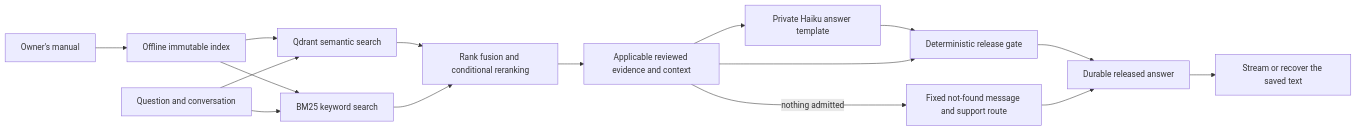
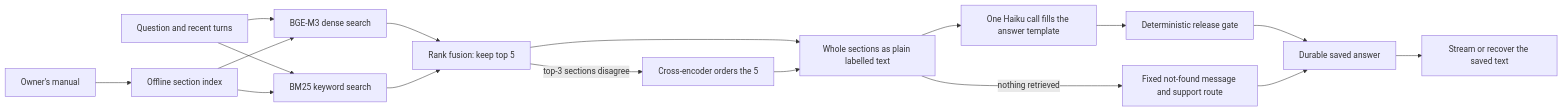
The diagram in README.md (Maneshwar-Kumar/motomedic-ai), drawn with Mermaid before and after one commit. The commit also changed other lines of this file and 139 other files, not shown here.

````diff
--- a/README.md
+++ b/README.md
@@ -17,18 +11,19 @@
 ```mermaid
 flowchart LR
-    PDF[Owner's manual] --> INDEX[Offline immutable index]
-    INDEX --> DENSE[Qdrant semantic search]
-    INDEX --> BM25[BM25 keyword search]
-    Q[Question and conversation] --> DENSE
-    Q --> BM25
-    DENSE --> RANK[Rank fusion and conditional reranking]
-    BM25 --> RANK
-    RANK --> EVIDENCE[Applicable reviewed evidence and context]
-    EVIDENCE --> GEN[Private Haiku answer template]
+    PDF[Owner's manual] --> INDEX[Offline section index]
+    Q[Question and recent turns] --> DENSE[BGE-M3 dense search]
+    Q --> BM25[BM25 keyword search]
+    INDEX --> DENSE
+    INDEX --> BM25
+    DENSE --> FUSE[Rank fusion: keep top 5]
+    BM25 --> FUSE
+    FUSE -->|top-3 sections disagree| RERANK[Cross-encoder orders the 5]
+    FUSE --> SECTIONS[Whole sections as plain labelled text]
+    RERANK --> SECTIONS
+    SECTIONS -->|nothing retrieved| FALLBACK[Fixed not-found message and support route]
+    SECTIONS --> GEN[One Haiku call fills the answer template]
     GEN --> GATE[Deterministic release gate]
-    EVIDENCE --> GATE
-    EVIDENCE -->|nothing admitted| FALLBACK[Fixed not-found message and support route]
-    GATE --> SAVE[Durable released answer]
+    GATE --> SAVE[Durable saved answer]
     FALLBACK --> SAVE
     SAVE --> UI[Stream or recover the saved text]
 ```
````
